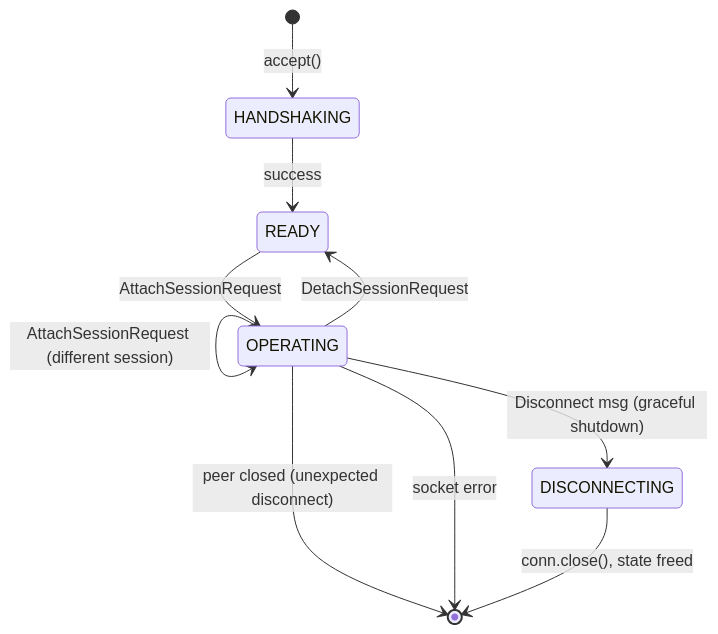
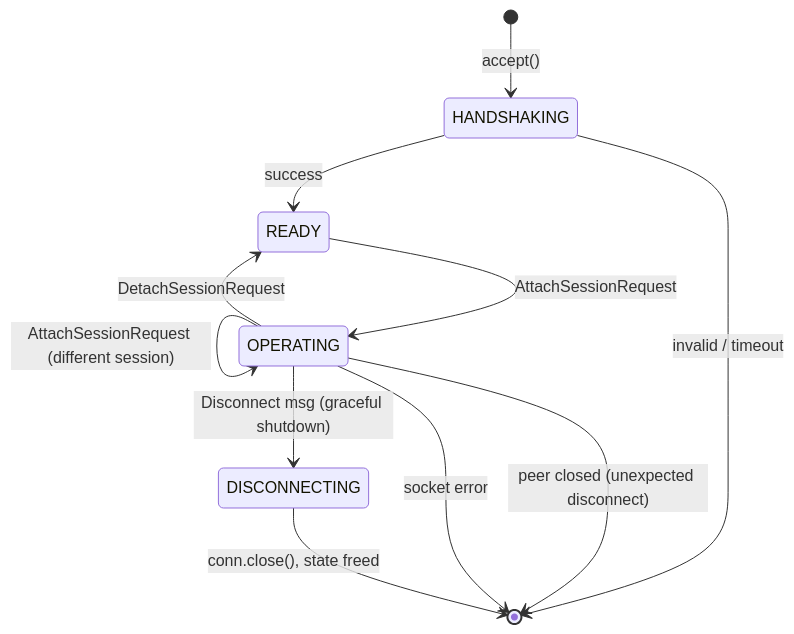
The fifth of 6 diagrams in docs/modules/libitshell3/02-design-docs/daemon-architecture/draft/v1.0-r8/03-integration-boundaries.md (powdream-org/it-shell3), drawn with Mermaid before and after one commit. The commit also changed 11 other files, not shown here.

````diff
--- a/docs/modules/libitshell3/02-design-docs/daemon-architecture/draft/v1.0-r8/03-integration-boundaries.md
+++ b/docs/modules/libitshell3/02-design-docs/daemon-architecture/draft/v1.0-r8/03-integration-boundaries.md
@@ -868,12 +868,13 @@
 ```mermaid
 stateDiagram-v2
     [*] --> HANDSHAKING : accept()
     HANDSHAKING --> READY : success
+    HANDSHAKING --> [*] : invalid / timeout
     READY --> OPERATING : AttachSessionRequest
     OPERATING --> OPERATING : AttachSessionRequest (different session)
     OPERATING --> READY : DetachSessionRequest
     OPERATING --> [*] : peer closed (unexpected disconnect)
     OPERATING --> [*] : socket error
     OPERATING --> DISCONNECTING : Disconnect msg (graceful shutdown)
     DISCONNECTING --> [*] : conn.close(), state freed
 ```
````
